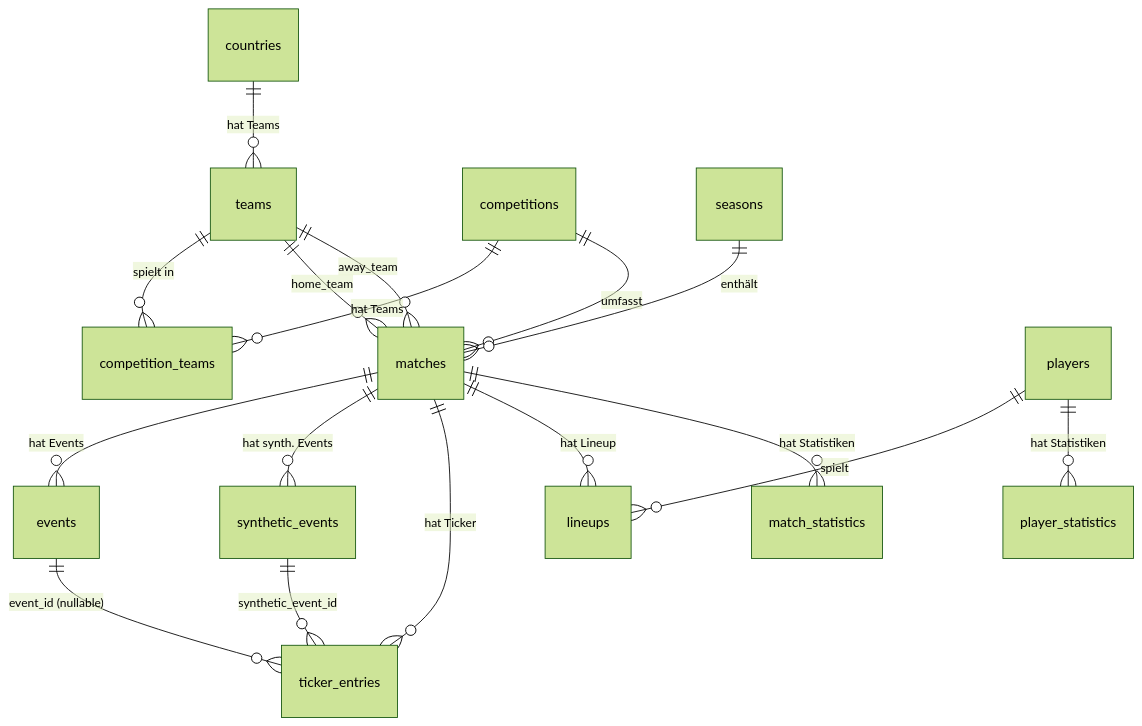
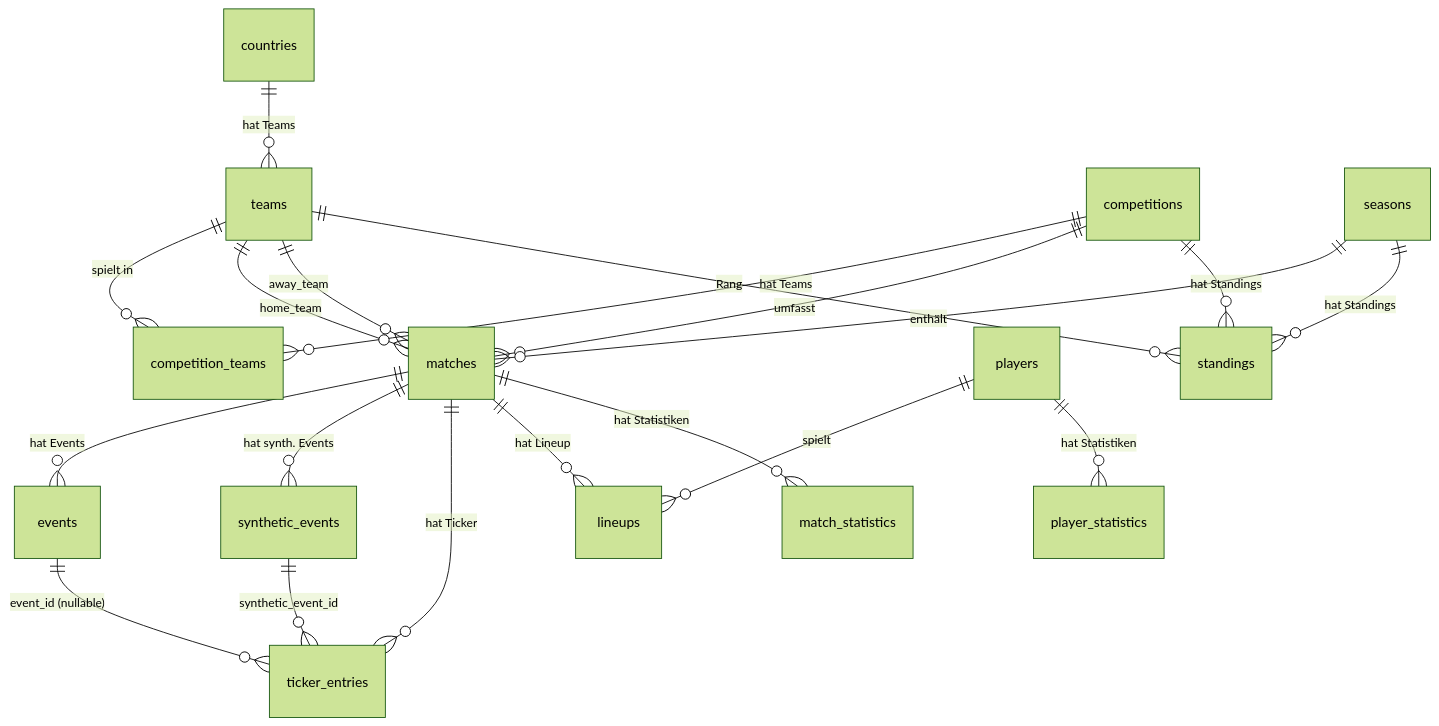
Before and after one commit to JonasKimmer/liveticker-eintracht: the third of 8 diagrams in docs/kapitel4_systemkonzeption.md, drawn with Mermaid (forest theme). The commit also changed other lines of this file and 7 other files, not shown here.

````diff
--- a/docs/kapitel4_systemkonzeption.md
+++ b/docs/kapitel4_systemkonzeption.md
@@ -219,22 +210,26 @@
 ```mermaid
 erDiagram
     countries ||--o{ teams : "hat Teams"
     teams ||--o{ competition_teams : "spielt in"
     competitions ||--o{ competition_teams : "hat Teams"
     competitions ||--o{ matches : "umfasst"
     seasons ||--o{ matches : "enthält"
     teams ||--o{ matches : "home_team"
     teams ||--o{ matches : "away_team"
 
     matches ||--o{ events : "hat Events"
     matches ||--o{ synthetic_events : "hat synth. Events"
     matches ||--o{ ticker_entries : "hat Ticker"
     matches ||--o{ lineups : "hat Lineup"
     matches ||--o{ match_statistics : "hat Statistiken"
 
     events ||--o{ ticker_entries : "event_id (nullable)"
     synthetic_events ||--o{ ticker_entries : "synthetic_event_id"
 
     players ||--o{ lineups : "spielt"
     players ||--o{ player_statistics : "hat Statistiken"
+
+    seasons ||--o{ standings : "hat Standings"
+    competitions ||--o{ standings : "hat Standings"
+    teams ||--o{ standings : "Rang"
 ```
````
